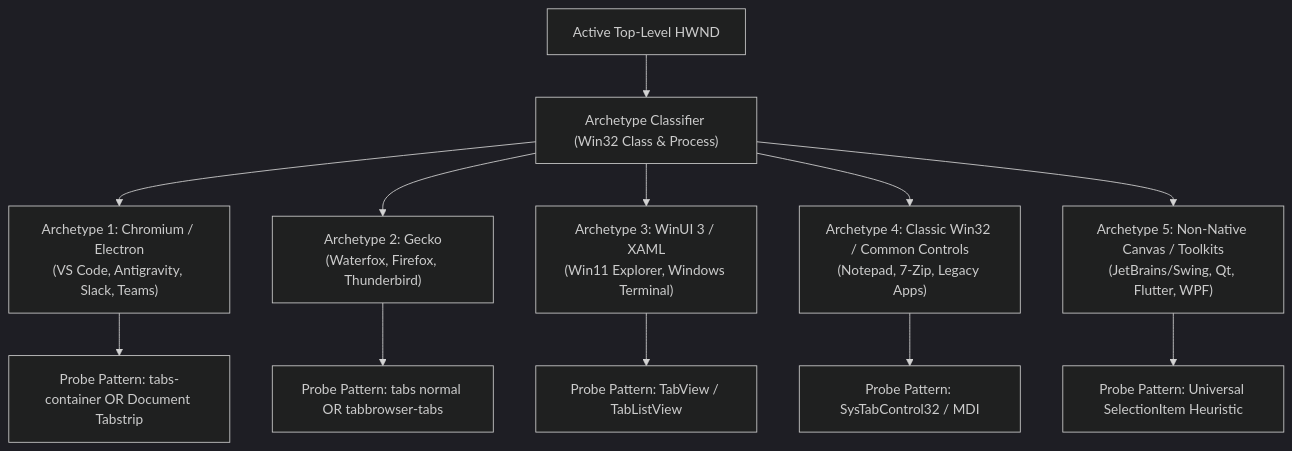
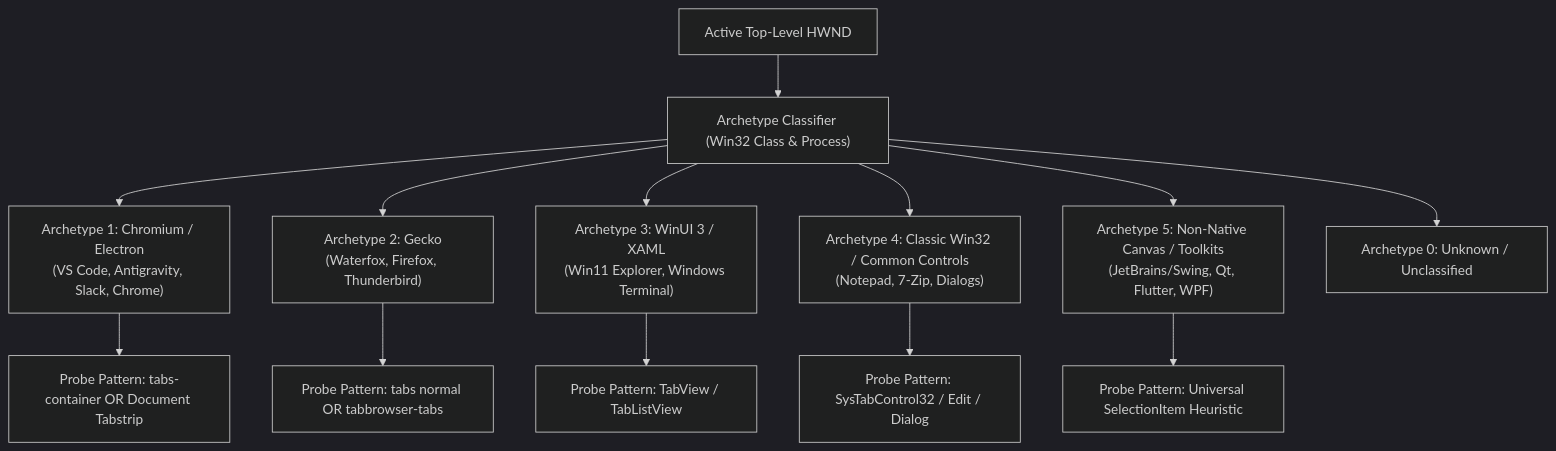
The diagram in docs/architecture/REQUIREMENTS_AND_DYNAMIC_DISCOVERY_SPEC.md (amirf147/active-desktop-context-engine), drawn with Mermaid (dark theme) before and after one commit. The commit also changed other lines of this file and 38 other files, not shown here.

````diff
--- a/docs/architecture/REQUIREMENTS_AND_DYNAMIC_DISCOVERY_SPEC.md
+++ b/docs/architecture/REQUIREMENTS_AND_DYNAMIC_DISCOVERY_SPEC.md
@@ -58,16 +58,17 @@
 ```mermaid
 graph TD
     Root["Active Top-Level HWND"] --> Classify["Archetype Classifier (Win32 Class & Process)"]
 
-    Classify --> A1["Archetype 1: Chromium / Electron<br/>(VS Code, Antigravity, Slack, Teams)"]
+    Classify --> A1["Archetype 1: Chromium / Electron<br/>(VS Code, Antigravity, Slack, Chrome)"]
     Classify --> A2["Archetype 2: Gecko<br/>(Waterfox, Firefox, Thunderbird)"]
     Classify --> A3["Archetype 3: WinUI 3 / XAML<br/>(Win11 Explorer, Windows Terminal)"]
-    Classify --> A4["Archetype 4: Classic Win32 / Common Controls<br/>(Notepad, 7-Zip, Legacy Apps)"]
+    Classify --> A4["Archetype 4: Classic Win32 / Common Controls<br/>(Notepad, 7-Zip, Dialogs)"]
     Classify --> A5["Archetype 5: Non-Native Canvas / Toolkits<br/>(JetBrains/Swing, Qt, Flutter, WPF)"]
+    Classify --> A0["Archetype 0: Unknown / Unclassified"]
 
     A1 --> P1["Probe Pattern: tabs-container OR Document Tabstrip"]
     A2 --> P2["Probe Pattern: tabs normal OR tabbrowser-tabs"]
     A3 --> P3["Probe Pattern: TabView / TabListView"]
-    A4 --> P4["Probe Pattern: SysTabControl32 / MDI"]
+    A4 --> P4["Probe Pattern: SysTabControl32 / Edit / Dialog"]
     A5 --> P5["Probe Pattern: Universal SelectionItem Heuristic"]
 ```
````
